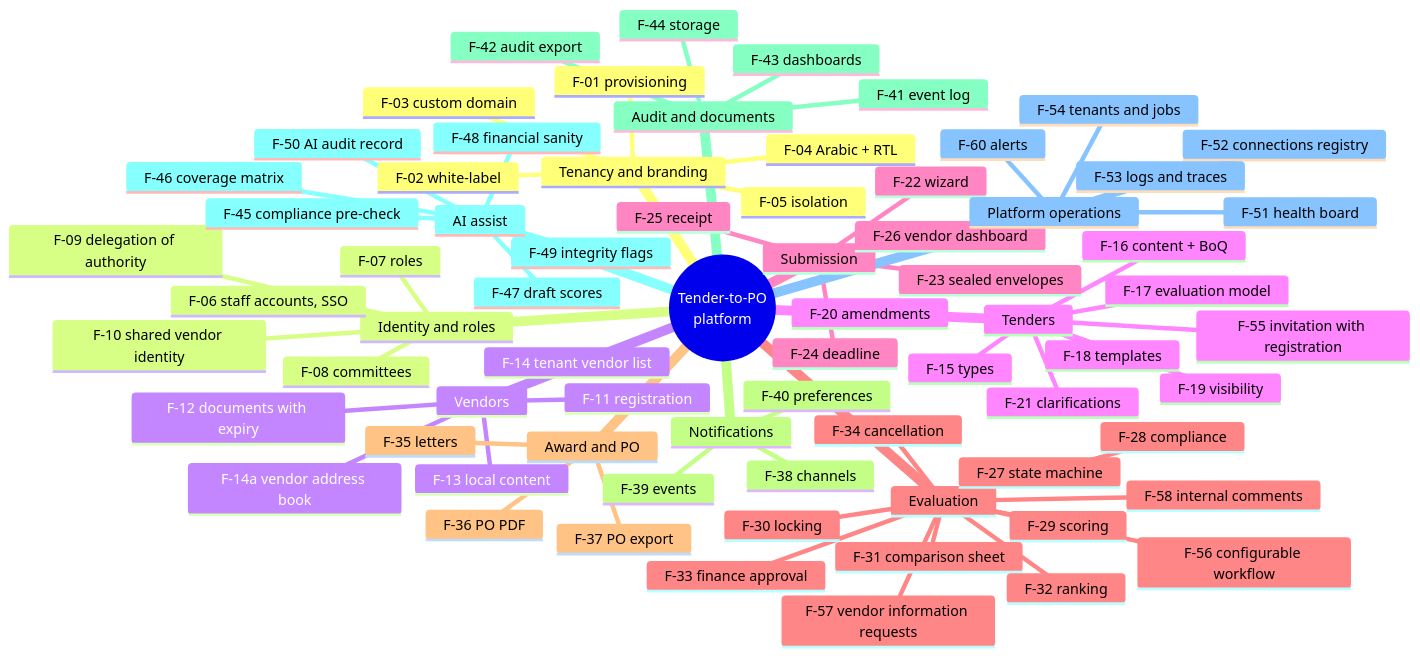
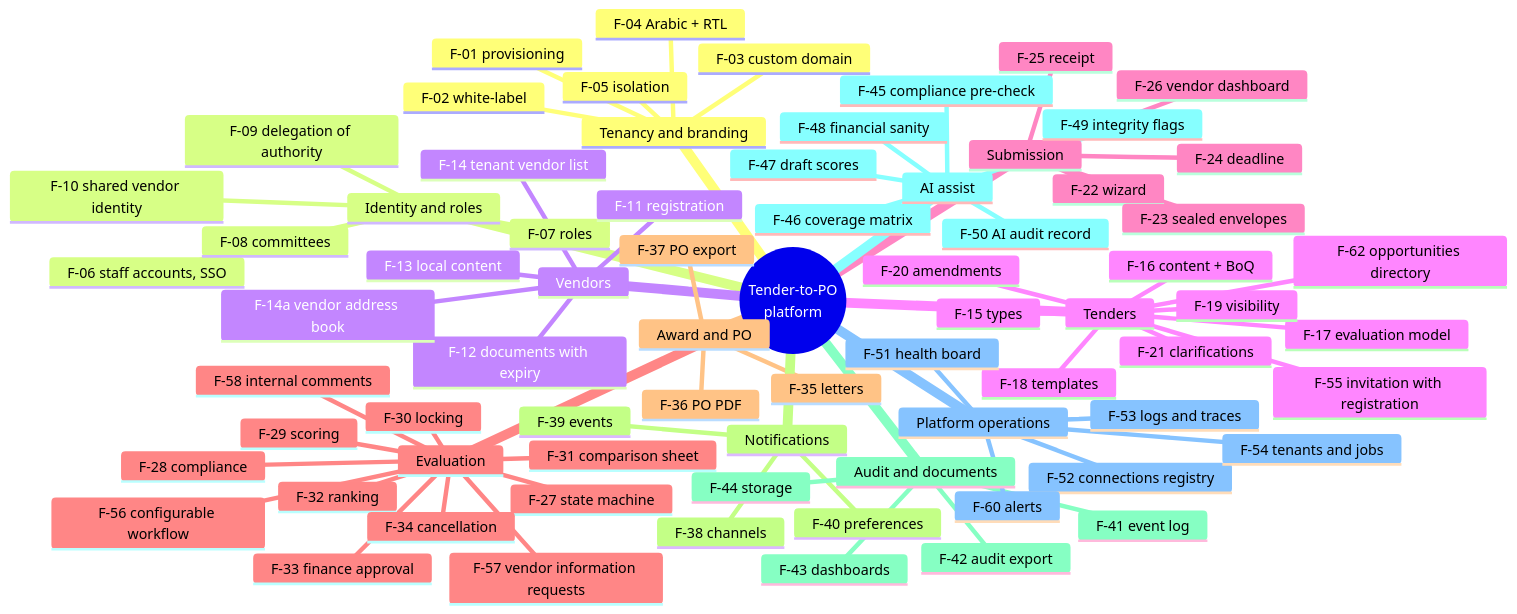
Diagram 13 of 13 in docs/03-diagrams.md (AhmedAssaf/ERP), drawn with Mermaid before and after one commit. The commit also changed 7 other files, not shown here.

First line of the commit message:
Accept ADR-0007 with gates (10 tenants, 500 vendors); add F-62 opportunities directory; verified open-opportunity landscape

````diff
--- a/docs/03-diagrams.md
+++ b/docs/03-diagrams.md
@@ -507,75 +507,76 @@
 ```mermaid
 mindmap
   root((Tender-to-PO<br/>platform))
     Tenancy and branding
       F-01 provisioning
       F-02 white-label
       F-03 custom domain
       F-04 Arabic + RTL
       F-05 isolation
     Identity and roles
       F-06 staff accounts, SSO
       F-07 roles
       F-08 committees
       F-09 delegation of authority
       F-10 shared vendor identity
     Vendors
       F-11 registration
       F-12 documents with expiry
       F-13 local content
       F-14 tenant vendor list
       F-14a vendor address book
     Tenders
       F-15 types
       F-16 content + BoQ
       F-17 evaluation model
       F-18 templates
       F-19 visibility
       F-20 amendments
       F-21 clarifications
       F-55 invitation with registration
+      F-62 opportunities directory
     Submission
       F-22 wizard
       F-23 sealed envelopes
       F-24 deadline
       F-25 receipt
       F-26 vendor dashboard
     Evaluation
       F-27 state machine
       F-56 configurable workflow
       F-28 compliance
       F-29 scoring
       F-30 locking
       F-31 comparison sheet
       F-32 ranking
       F-33 finance approval
       F-34 cancellation
       F-57 vendor information requests
       F-58 internal comments
     Award and PO
       F-35 letters
       F-36 PO PDF
       F-37 PO export
     Notifications
       F-38 channels
       F-39 events
       F-40 preferences
     Audit and documents
       F-41 event log
       F-42 audit export
       F-43 dashboards
       F-44 storage
     AI assist
       F-45 compliance pre-check
       F-46 coverage matrix
       F-47 draft scores
       F-48 financial sanity
       F-49 integrity flags
       F-50 AI audit record
     Platform operations
       F-51 health board
       F-52 connections registry
       F-53 logs and traces
       F-54 tenants and jobs
       F-60 alerts
 ```
````
